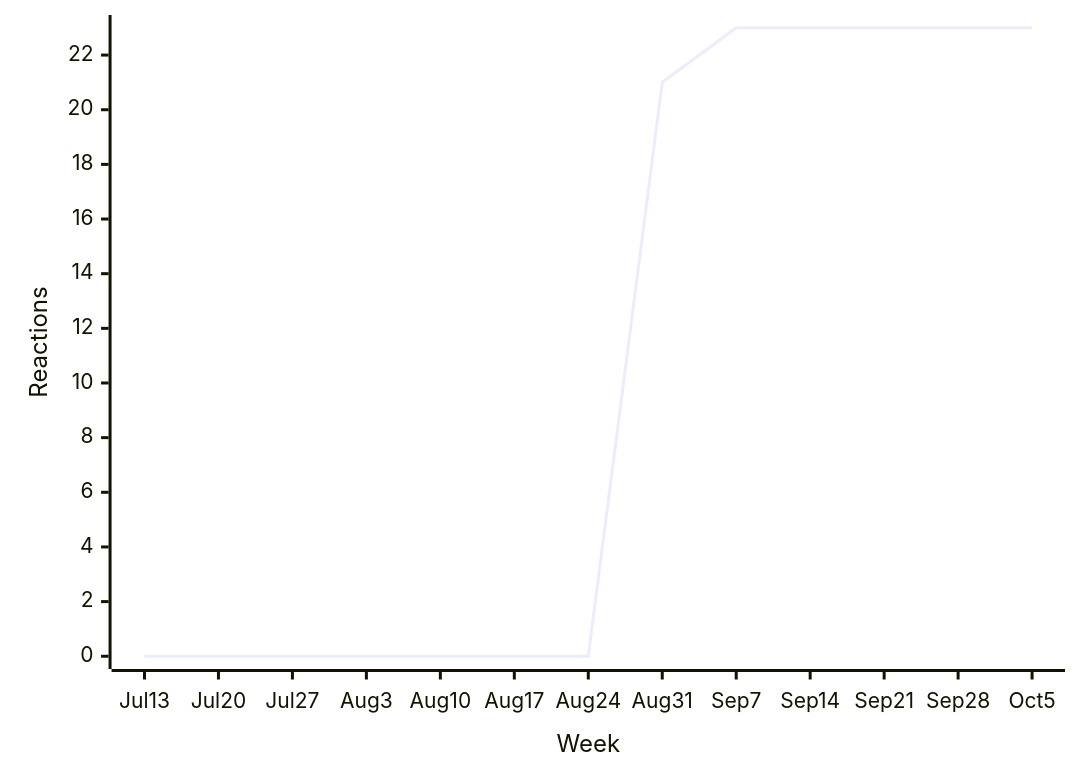
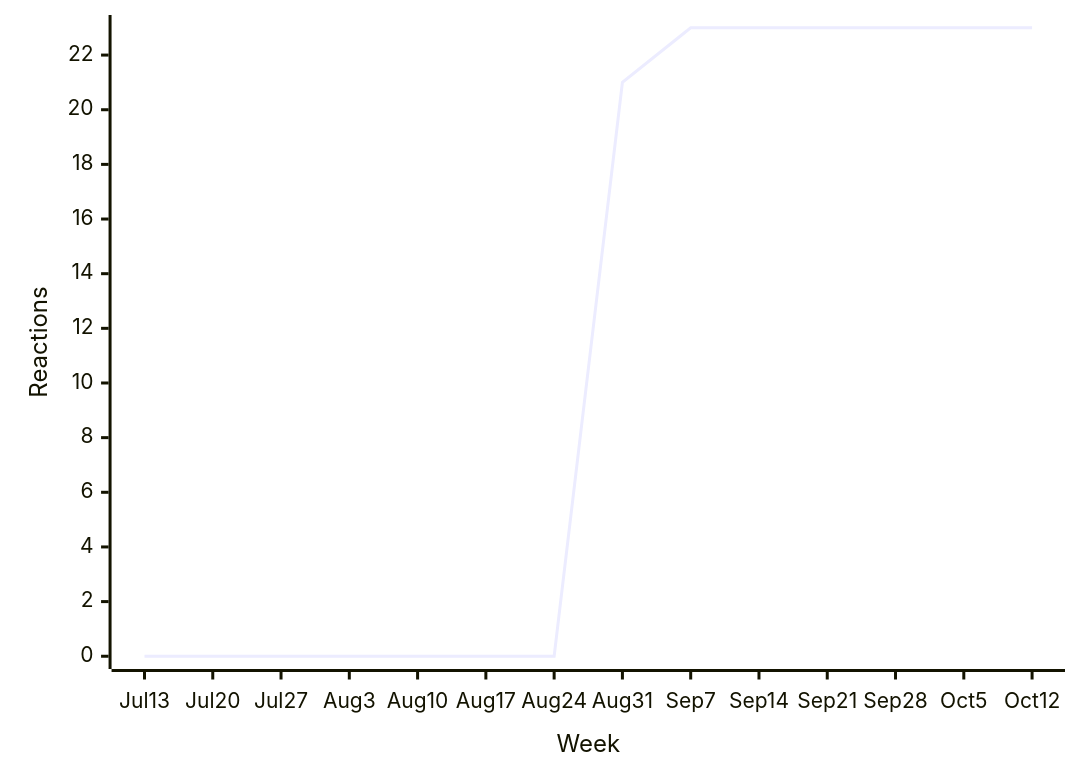
Before and after one commit to loic-sharma/github-insights: the third of 35 diagrams in README.md, drawn with Mermaid. The commit also changed other lines of this file and 3 other files, not shown here.

````diff
--- a/README.md
+++ b/README.md
@@ -358,6 +358,6 @@
   ```mermaid
   xychart-beta
-    x-axis "Week" [Jul 13, Jul 20, Jul 27, Aug 3, Aug 10, Aug 17, Aug 24, Aug 31, Sep 7, Sep 14, Sep 21, Sep 28, Oct 5]
+    x-axis "Week" [Jul 13, Jul 20, Jul 27, Aug 3, Aug 10, Aug 17, Aug 24, Aug 31, Sep 7, Sep 14, Sep 21, Sep 28, Oct 5, Oct 12]
     y-axis "Reactions"
-    line [0, 0, 0, 0, 0, 0, 0, 21, 23, 23, 23, 23, 23]
+    line [0, 0, 0, 0, 0, 0, 0, 21, 23, 23, 23, 23, 23, 23]
   ```
````
